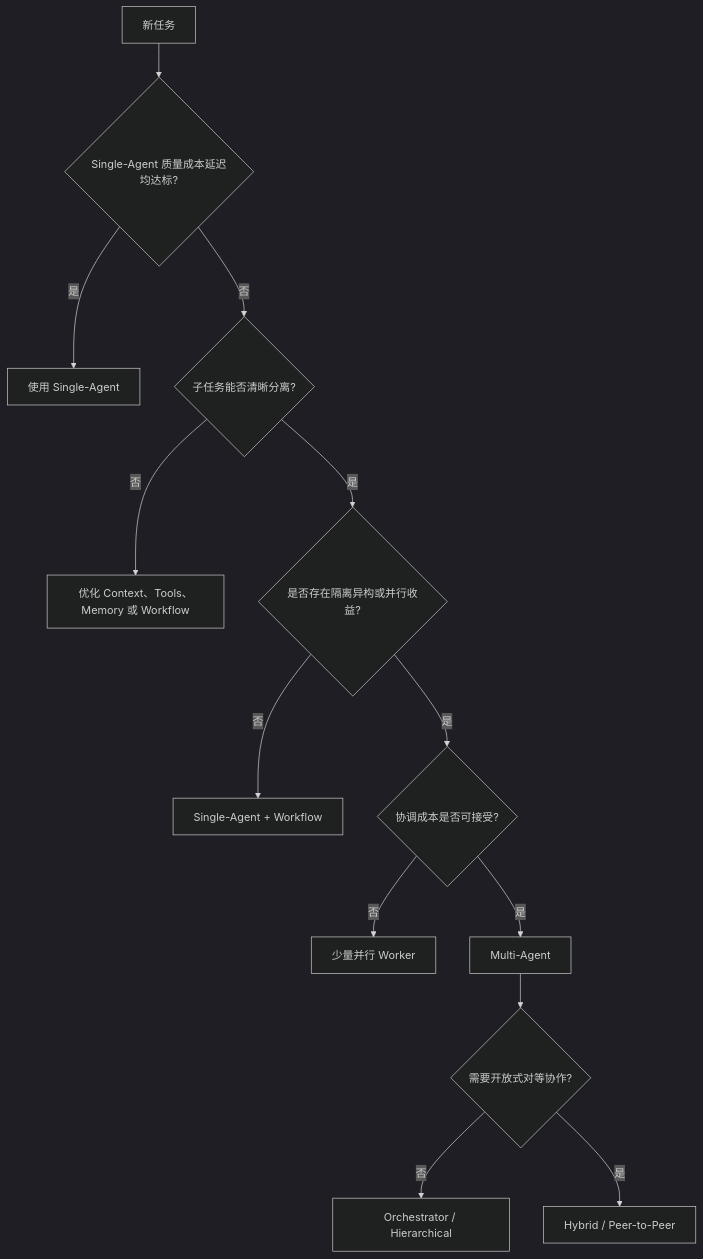
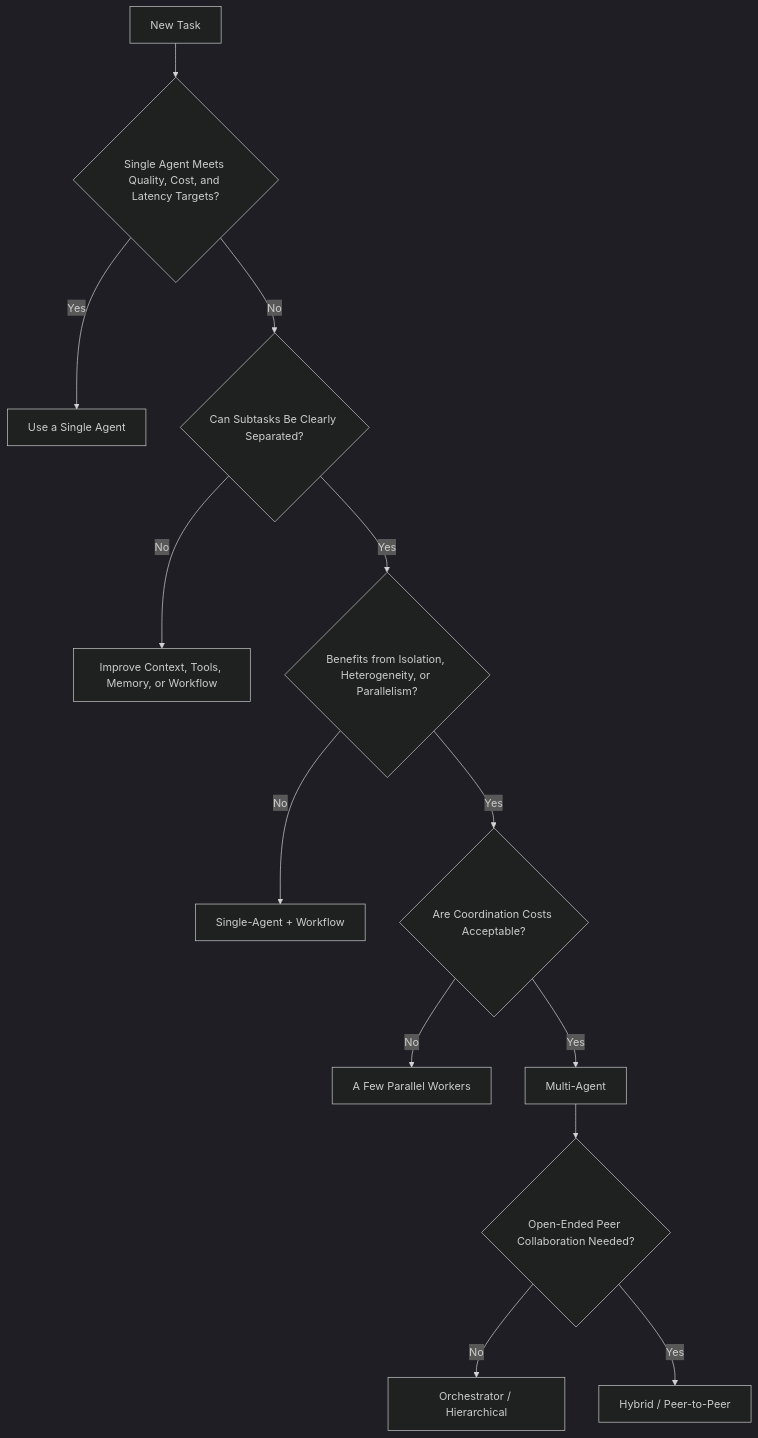
Before and after one commit to oneleaveknowsthefall/awesome-ai-roadmap: diagram 19 of 19 in docs/agent/04-multi-agent/09-single-vs-multi-agent.md, drawn with Mermaid (dark theme). The commit also changed other lines of this file and 68 other files, not shown here.

````diff
--- a/docs/agent/04-multi-agent/09-single-vs-multi-agent.md
+++ b/docs/agent/04-multi-agent/09-single-vs-multi-agent.md
@@ -1078,15 +1084,15 @@
 ```mermaid
 flowchart TB
-    G[新任务] --> S{Single-Agent 质量成本延迟均达标?}
-    S -->|是| SINGLE[使用 Single-Agent]
-    S -->|否| D{子任务能否清晰分离?}
-    D -->|否| IMPROVE[优化 Context、Tools、Memory 或 Workflow]
-    D -->|是| H{是否存在隔离异构或并行收益?}
-    H -->|否| WORKFLOW[Single-Agent + Workflow]
-    H -->|是| C{协调成本是否可接受?}
-    C -->|否| LIMITED[少量并行 Worker]
-    C -->|是| M[Multi-Agent]
-    M --> T{需要开放式对等协作?}
-    T -->|否| O[Orchestrator / Hierarchical]
-    T -->|是| P[Hybrid / Peer-to-Peer]
+    G[New Task] --> S{Single Agent Meets Quality, Cost, and Latency Targets?}
+    S -->|Yes| SINGLE[Use a Single Agent]
+    S -->|No| D{Can Subtasks Be Clearly Separated?}
+    D -->|No| IMPROVE[Improve Context, Tools, Memory, or Workflow]
+    D -->|Yes| H{Benefits from Isolation, Heterogeneity, or Parallelism?}
+    H -->|No| WORKFLOW[Single-Agent + Workflow]
+    H -->|Yes| C{Are Coordination Costs Acceptable?}
+    C -->|No| LIMITED[A Few Parallel Workers]
+    C -->|Yes| M[Multi-Agent]
+    M --> T{Open-Ended Peer Collaboration Needed?}
+    T -->|No| O[Orchestrator / Hierarchical]
+    T -->|Yes| P[Hybrid / Peer-to-Peer]
 ```
````
